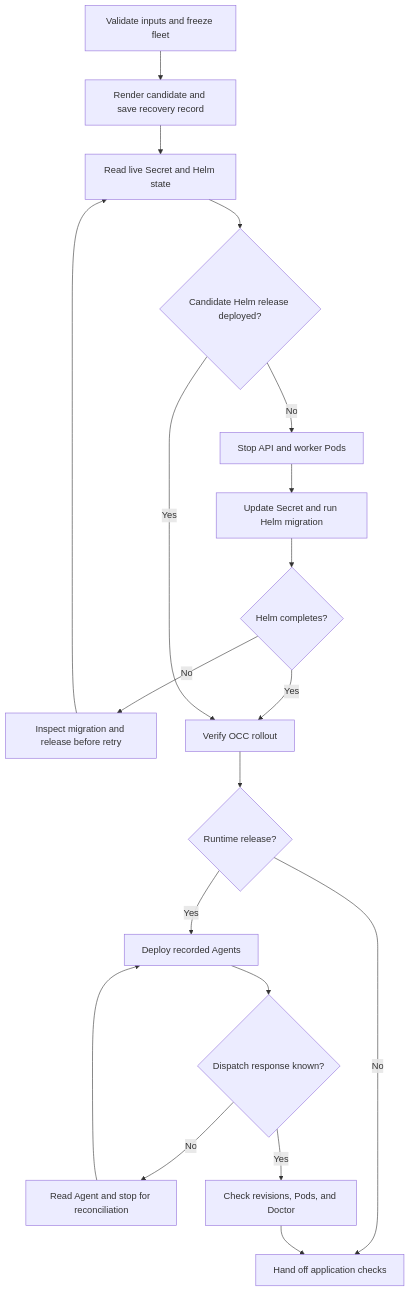
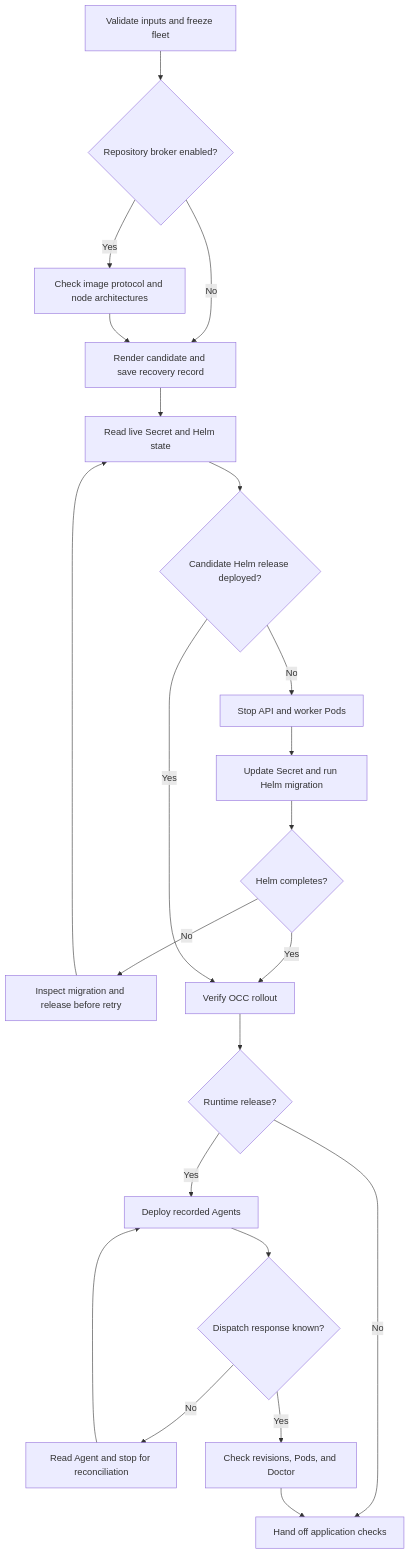
The diagram in docs/flows/coordinated-production-upgrade.md (IsaiahStapleton/openclaw-enterprise), drawn with Mermaid before and after one commit. The commit also changed other lines of this file and 12 other files, not shown here.

Commit message:
Qualify repository image pairs before upgrades

````diff
--- a/docs/flows/coordinated-production-upgrade.md
+++ b/docs/flows/coordinated-production-upgrade.md
@@ -31,21 +31,24 @@
 ```mermaid
 graph TD
-    A["Validate inputs and freeze fleet"] --> B["Render candidate and save recovery record"]
+    A["Validate inputs and freeze fleet"] --> Q{"Repository broker enabled?"}
+    Q -->|Yes| P["Check image protocol and node architectures"]
+    Q -->|No| B["Render candidate and save recovery record"]
+    P --> B
     B --> C["Read live Secret and Helm state"]
     C --> D{"Candidate Helm release deployed?"}
     D -->|No| E["Stop API and worker Pods"]
     E --> F["Update Secret and run Helm migration"]
     F --> G{"Helm completes?"}
     G -->|No| H["Inspect migration and release before retry"]
     H --> C
     G -->|Yes| I["Verify OCC rollout"]
     D -->|Yes| I
     I --> J{"Runtime release?"}
     J -->|No| K["Hand off application checks"]
     J -->|Yes| L["Deploy recorded Agents"]
     L --> M{"Dispatch response known?"}
     M -->|No| N["Read Agent and stop for reconciliation"]
     N --> L
     M -->|Yes| O["Check revisions, Pods, and Doctor"]
     O --> K
 ```
````
